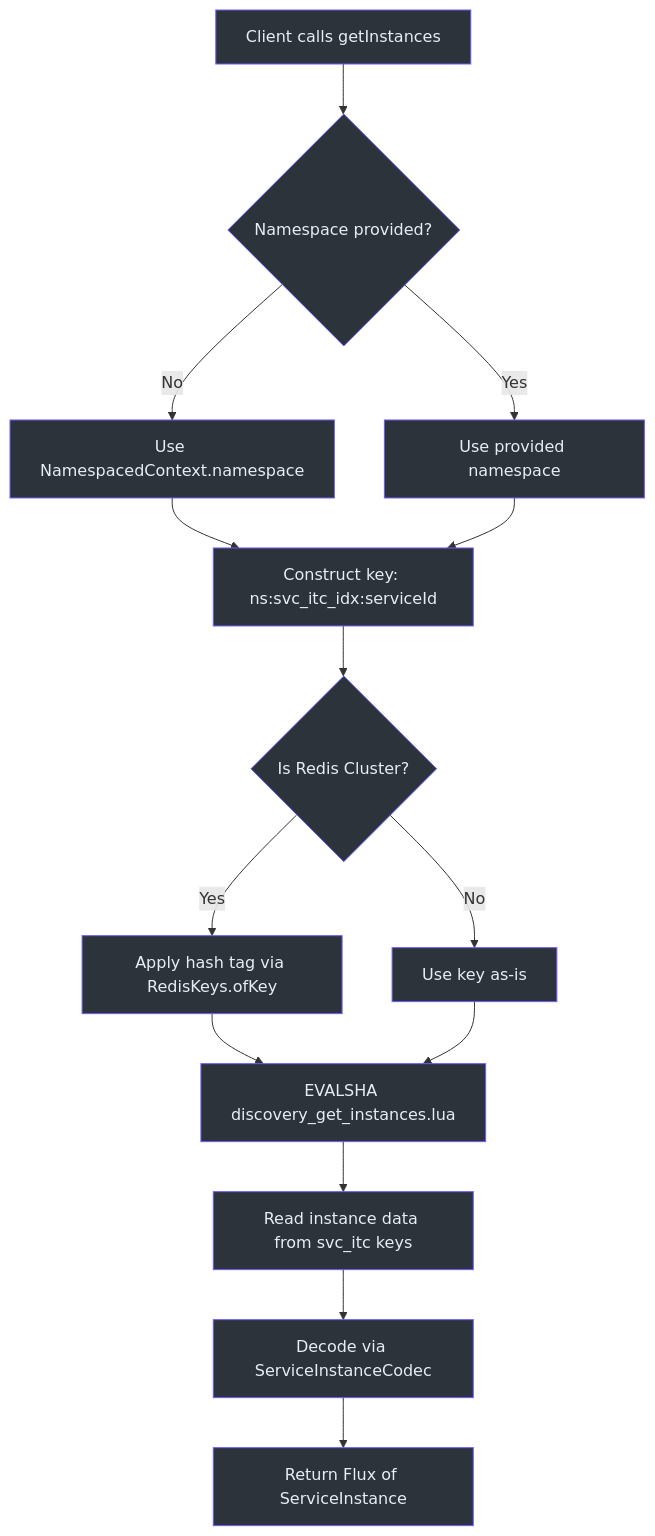
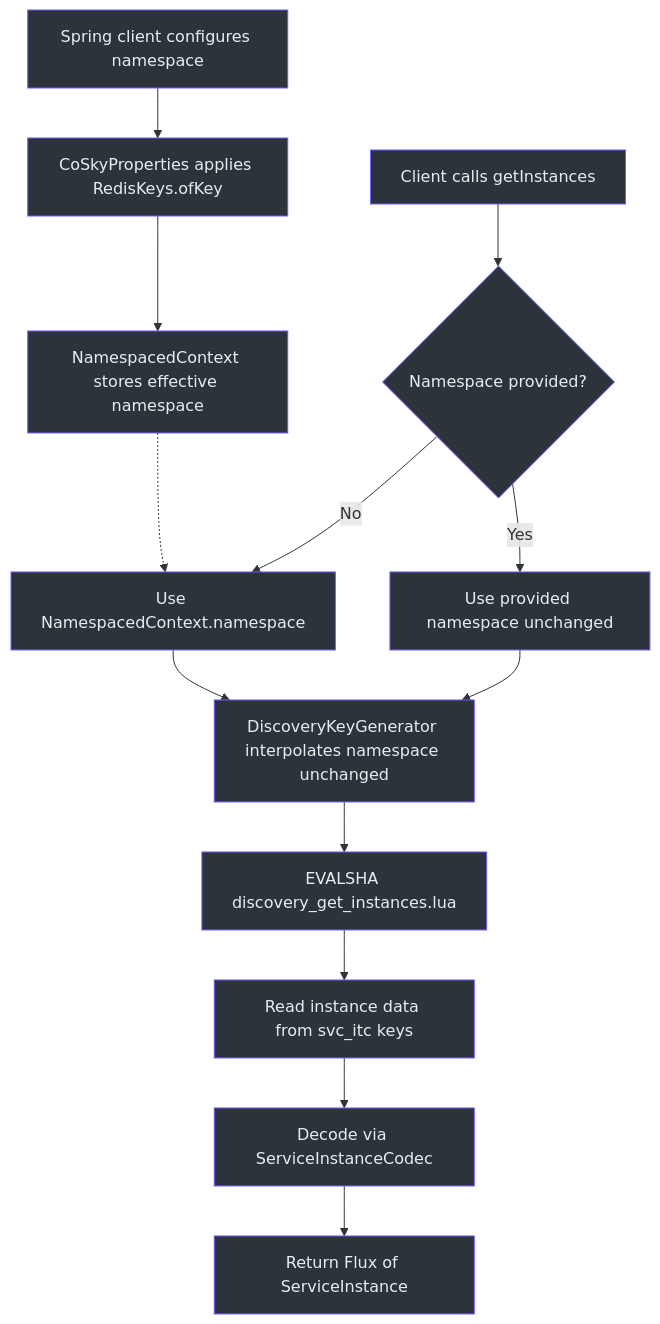
One commit to Ahoo-Wang/CoSky changed the sixth of 6 diagrams in wiki/guide/core.md. Above: the diagram before and after it, drawn with Mermaid. The commit also changed other lines of this file and 3 other files, not shown here.

First line of the commit message:
Document namespace hash tag requirements (#977)

````diff
--- a/wiki/guide/core.md
+++ b/wiki/guide/core.md
@@ -344,29 +348,28 @@
 ```mermaid
 flowchart TD
-    A[Client calls getInstances] --> B{Namespace provided?}
-    B -->|No| C[Use NamespacedContext.namespace]
-    B -->|Yes| D[Use provided namespace]
-    C --> E[Construct key: ns:svc_itc_idx:serviceId]
-    D --> E
-    E --> F{Is Redis Cluster?}
-    F -->|Yes| G[Apply hash tag via RedisKeys.ofKey]
-    F -->|No| H[Use key as-is]
-    G --> I[EVALSHA discovery_get_instances.lua]
-    H --> I
+    A[Spring client configures namespace] --> B[CoSkyProperties applies RedisKeys.ofKey]
+    B --> C[NamespacedContext stores effective namespace]
+    D[Client calls getInstances] --> E{Namespace provided?}
+    E -->|No| F[Use NamespacedContext.namespace]
+    E -->|Yes| G[Use provided namespace unchanged]
+    C -.-> F
+    F --> H[DiscoveryKeyGenerator interpolates namespace unchanged]
+    G --> H
+    H --> I[EVALSHA discovery_get_instances.lua]
     I --> J[Read instance data from svc_itc keys]
     J --> K[Decode via ServiceInstanceCodec]
     K --> L[Return Flux of ServiceInstance]
 
     style A fill:#2d333b,stroke:#6d5dfc,color:#e6edf3
     style B fill:#2d333b,stroke:#6d5dfc,color:#e6edf3
     style C fill:#2d333b,stroke:#6d5dfc,color:#e6edf3
     style D fill:#2d333b,stroke:#6d5dfc,color:#e6edf3
     style E fill:#2d333b,stroke:#6d5dfc,color:#e6edf3
     style F fill:#2d333b,stroke:#6d5dfc,color:#e6edf3
     style G fill:#2d333b,stroke:#6d5dfc,color:#e6edf3
     style H fill:#2d333b,stroke:#6d5dfc,color:#e6edf3
     style I fill:#2d333b,stroke:#6d5dfc,color:#e6edf3
     style J fill:#2d333b,stroke:#6d5dfc,color:#e6edf3
     style K fill:#2d333b,stroke:#6d5dfc,color:#e6edf3
     style L fill:#2d333b,stroke:#6d5dfc,color:#e6edf3
 ```
````
